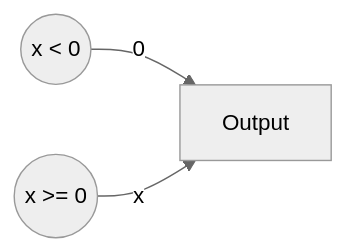
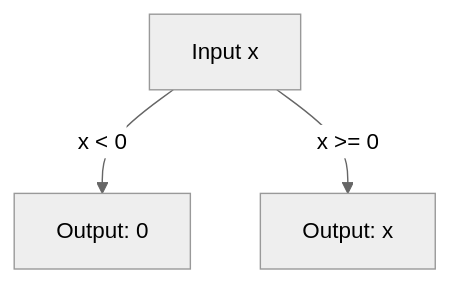
The third of 4 diagrams in AI/deep_learning_overview.md (santhu3003/learning), drawn with Mermaid (neutral theme) before and after one commit. The commit also changed other lines of this file, not shown here.

````diff
--- a/AI/deep_learning_overview.md
+++ b/AI/deep_learning_overview.md
@@ -170,6 +170,5 @@
 ```mermaid
-%% ReLU graph (conceptual)
-graph LR
-    A((x < 0)) -->|0| B[Output]
-    C((x >= 0)) -->|x| B
+flowchart TD
+    X[Input x] -->|x < 0| Z[Output: 0]
+    X -->|x >= 0| Y[Output: x]
 ```
````
